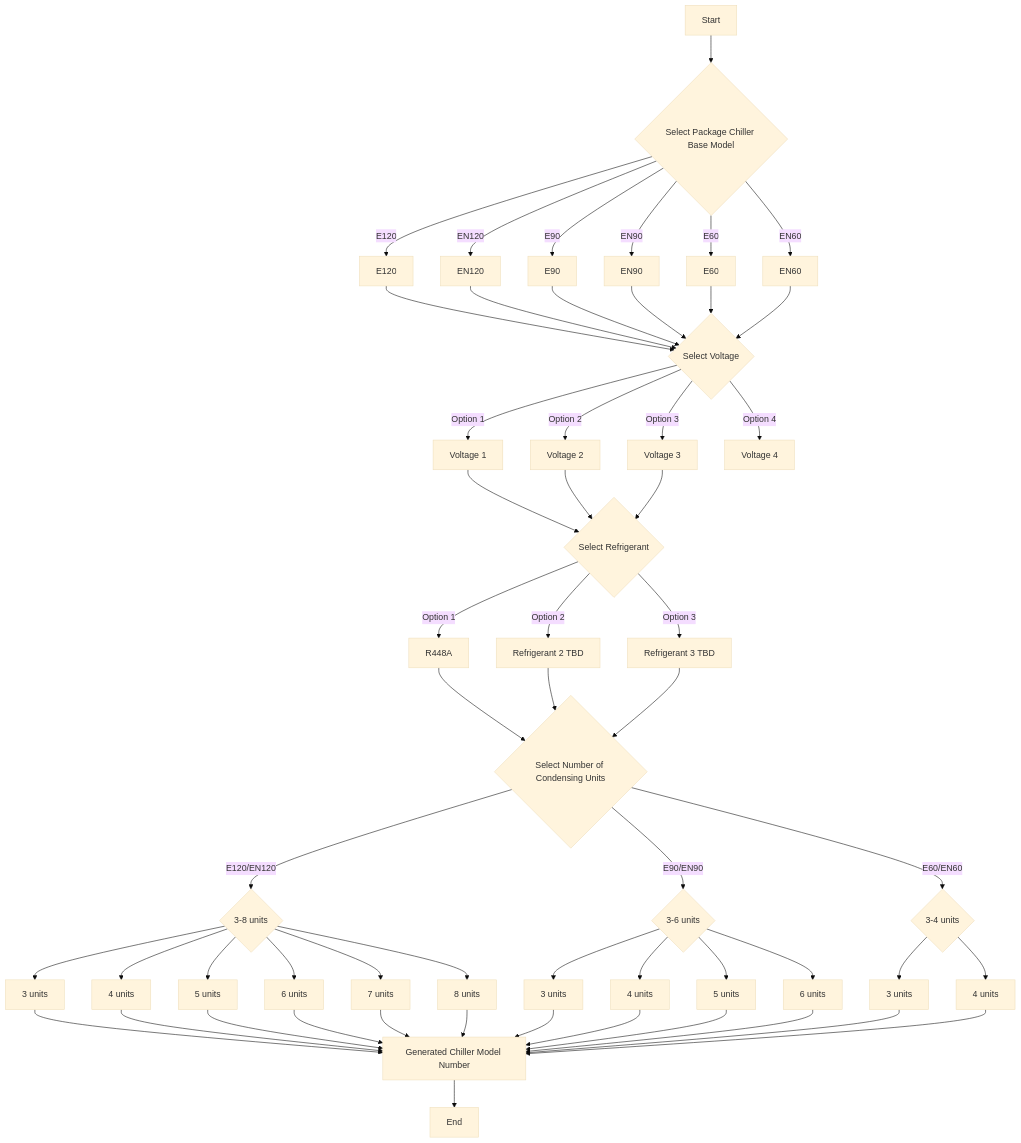
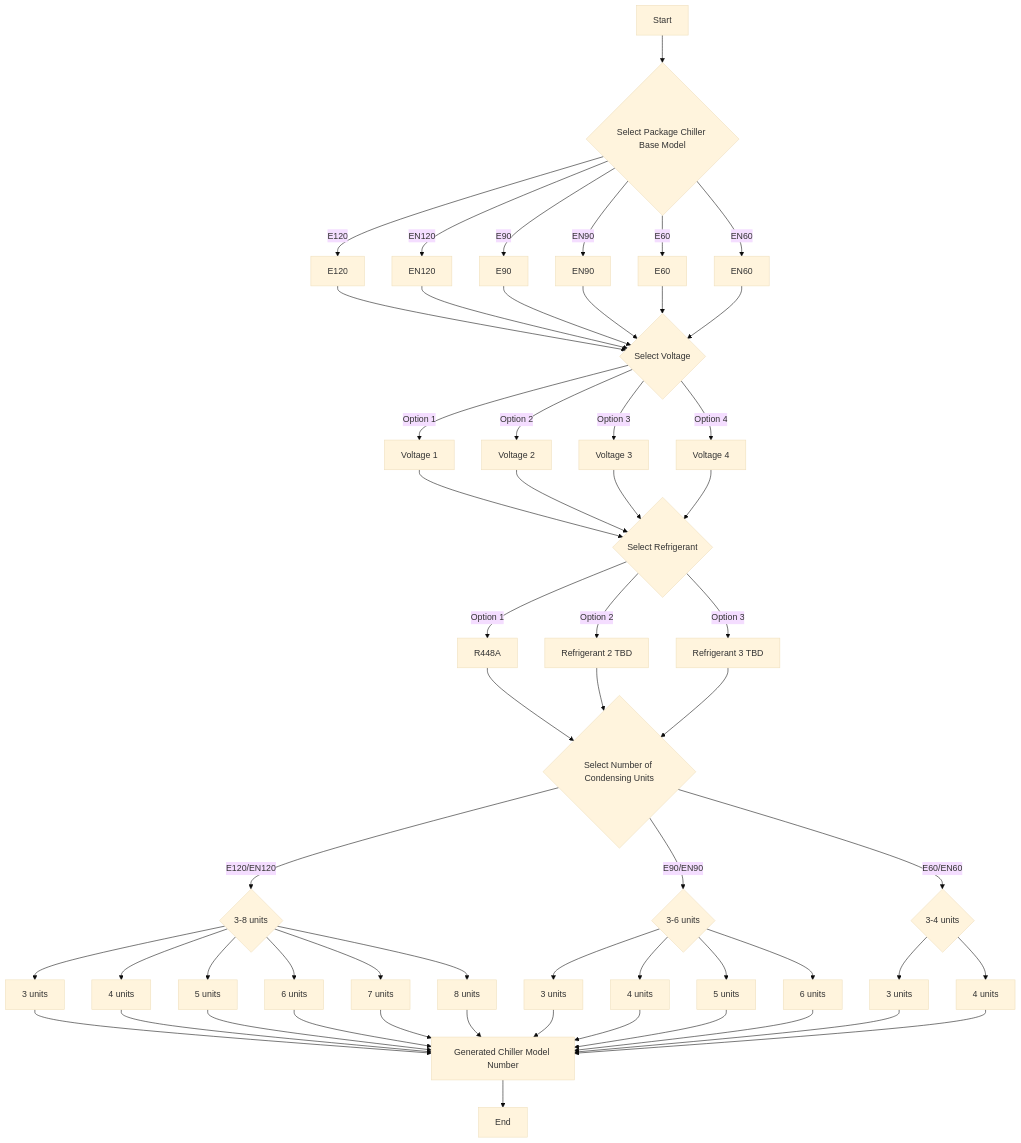
Before and after one commit to randomBullets/ProductNumberFlowChart: the diagram in PNFLC.MD, drawn with Mermaid (base theme).

````diff
--- a/PNFLC.MD
+++ b/PNFLC.MD
@@ -1,44 +1,44 @@
 ```mermaid
 graph TD
     A[Start] --> B{Select Package Chiller Base Model}
     B -->|E120| C1[E120]
     B -->|EN120| C2[EN120]
     B -->|E90| C3[E90]
     B -->|EN90| C4[EN90]
     B -->|E60| C5[E60]
     B -->|EN60| C6[EN60]
 
      C1 & C2 & C3 & C4 & C5 & C6 --> D{Select Voltage}
     D -->|Option 1| E1[Voltage 1]
     D -->|Option 2| E2[Voltage 2]
     D -->|Option 3| E3[Voltage 3]
     D -->|Option 4| E4[Voltage 4]
 
-    E1 & E2 & E3 --> R{Select Refrigerant}
+    E1 & E2 & E3 & E4--> R{Select Refrigerant}
     R -->|Option 1| R1[R448A]
     R -->|Option 2| R2[Refrigerant 2 TBD]
     R -->|Option 3| R3[Refrigerant 3 TBD]
 
     R1 & R2 & R3 --> F{Select Number of Condensing Units}
     F -->|E120/EN120| G1{3-8 units}
     F -->|E90/EN90| G2{3-6 units}
     F -->|E60/EN60| G3{3-4 units}
 
     G1 --> H1[3 units]
     G1 --> H2[4 units]
     G1 --> H3[5 units]
     G1 --> H4[6 units]
     G1 --> H5[7 units]
     G1 --> H6[8 units]
 
     G2 --> I1[3 units]
     G2 --> I2[4 units]
     G2 --> I3[5 units]
     G2 --> I4[6 units]
 
     G3 --> J1[3 units]
     G3 --> J2[4 units]
 
     H1 & H2 & H3 & H4 & H5 & H6 & I1 & I2 & I3 & I4 & J1 & J2 --> K[Generated Chiller Model Number]
     K --> L[End]
 ```
````
